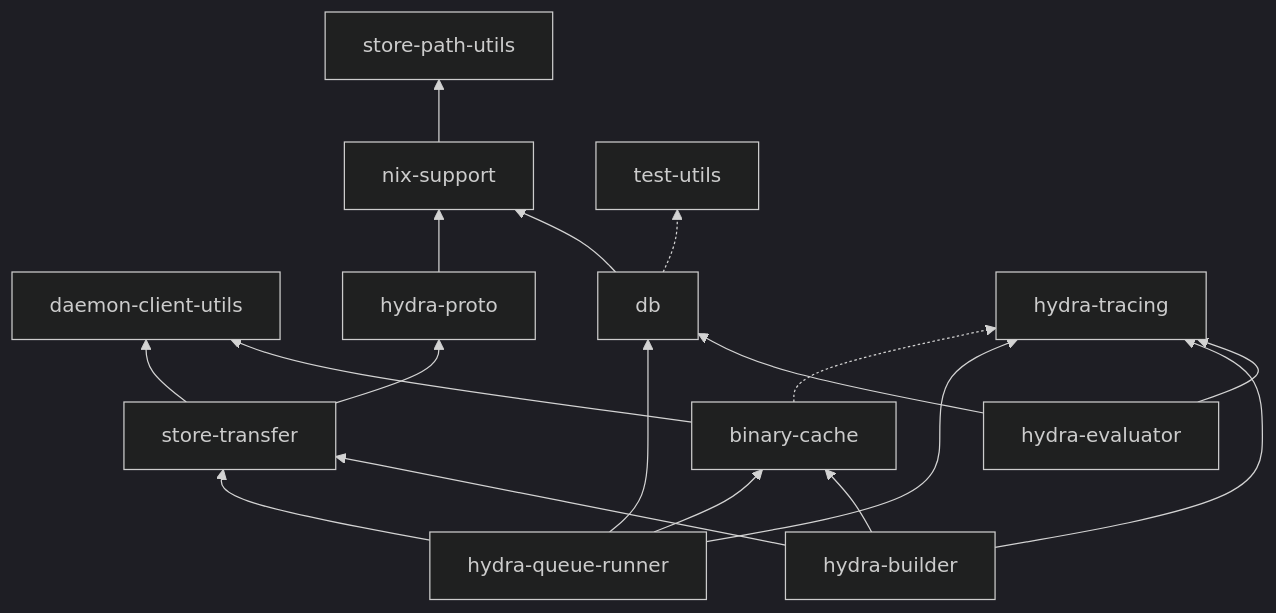
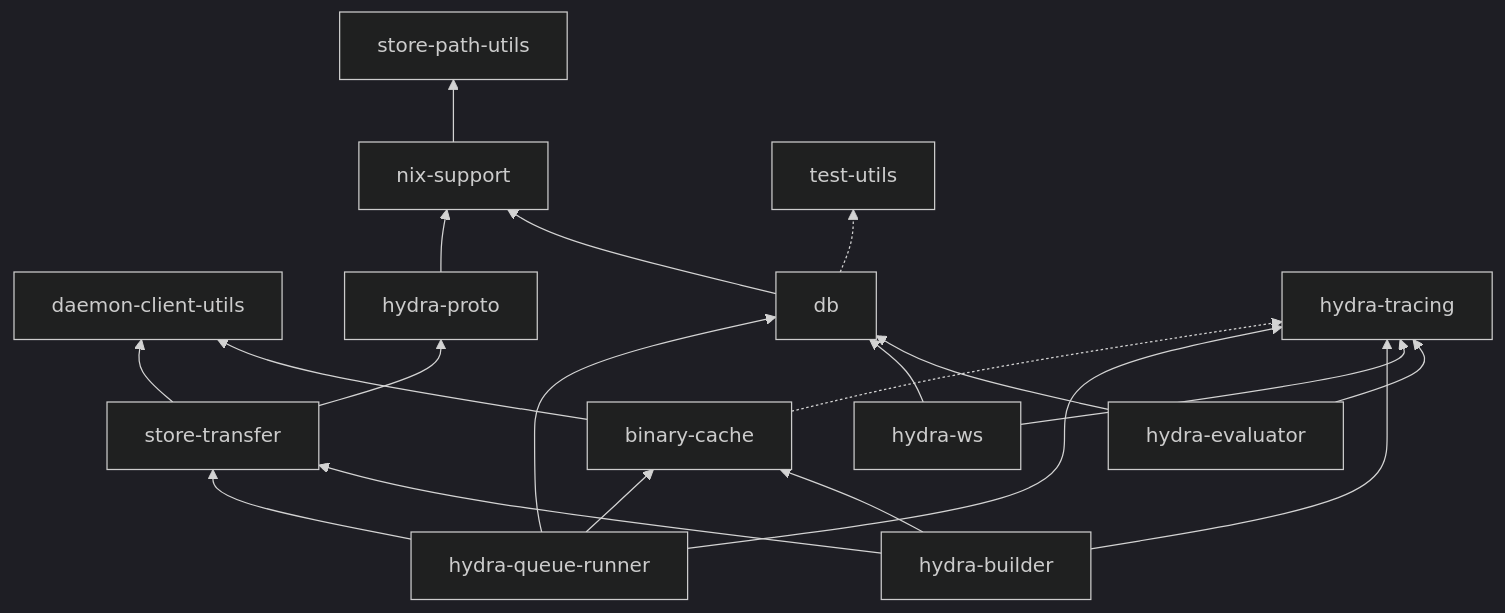
One commit to NixOS/hydra changed the diagram in subprojects/hydra-manual/src/architecture.md. Above: the diagram before and after it, drawn with Mermaid (dark theme). The commit also changed other lines of this file, not shown here.

Commit message:
docs(hydra-ws): regenerate architecture diagram with new component

````diff
--- a/subprojects/hydra-manual/src/architecture.md
+++ b/subprojects/hydra-manual/src/architecture.md
@@ -62,20 +66,22 @@
 ```mermaid
 graph BT
     binary-cache --> daemon-client-utils
     nix-support --> store-path-utils
     db --> nix-support
     hydra-proto --> nix-support
     hydra-evaluator --> db
     hydra-evaluator --> hydra-tracing
+    hydra-ws --> db
+    hydra-ws --> hydra-tracing
     store-transfer --> daemon-client-utils
     store-transfer --> hydra-proto
     hydra-builder --> binary-cache
     hydra-builder --> hydra-tracing
     hydra-builder --> store-transfer
     hydra-queue-runner --> binary-cache
     hydra-queue-runner --> db
     hydra-queue-runner --> hydra-tracing
     hydra-queue-runner --> store-transfer
     binary-cache -.-> hydra-tracing
     db -.-> test-utils
 ```
````
